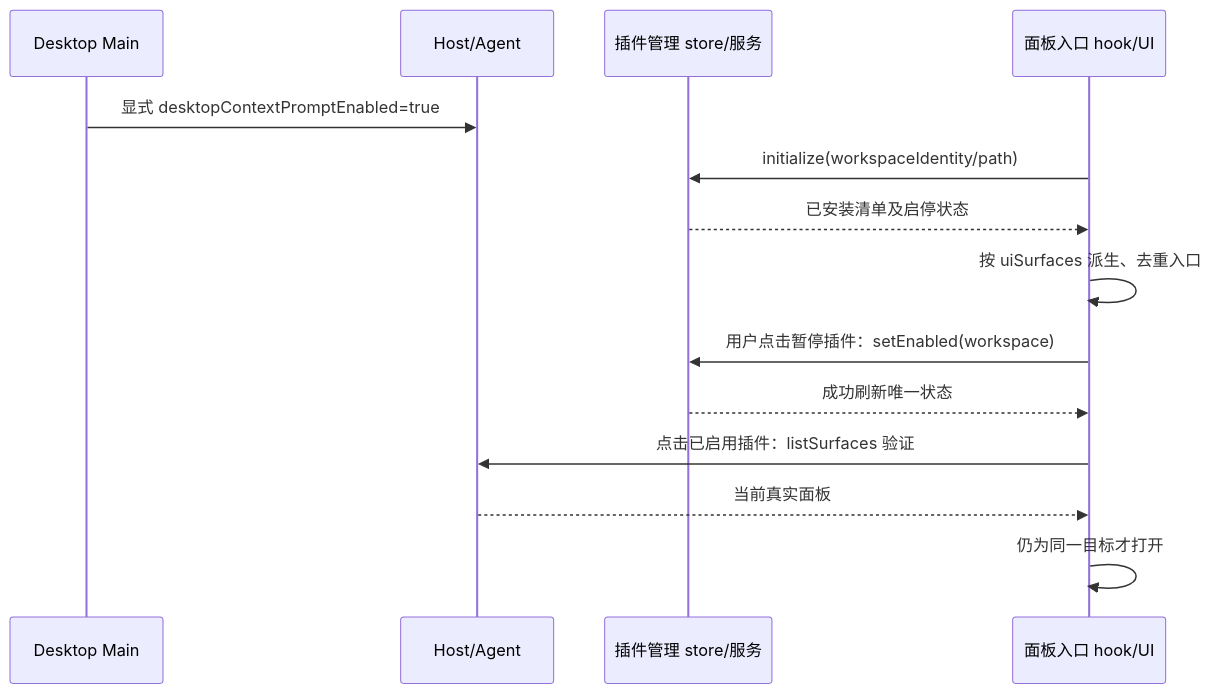
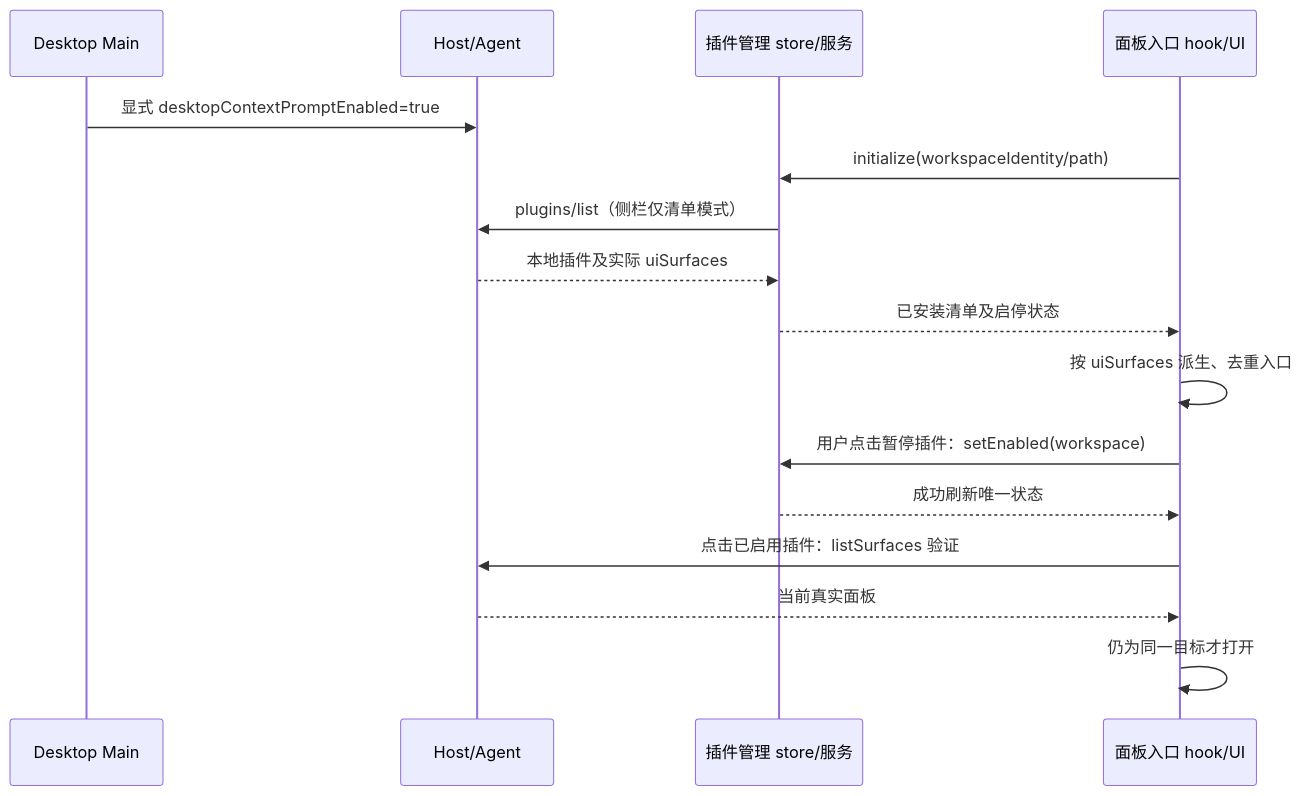
Before and after one commit to mewcoder/NCode: the fourth of 4 diagrams in docs/ncode-local-client-config.spec.md, drawn with Mermaid. The commit also changed other lines of this file and 11 other files, not shown here.

````diff
--- a/docs/ncode-local-client-config.spec.md
+++ b/docs/ncode-local-client-config.spec.md
@@ -84,16 +86,18 @@
 ```mermaid
 sequenceDiagram
   participant M as Desktop Main
   participant H as Host/Agent
   participant S as 插件管理 store/服务
   participant U as 面板入口 hook/UI
   M->>H: 显式 desktopContextPromptEnabled=true
   U->>S: initialize(workspaceIdentity/path)
+  S->>H: plugins/list（侧栏仅清单模式）
+  H-->>S: 本地插件及实际 uiSurfaces
   S-->>U: 已安装清单及启停状态
   U->>U: 按 uiSurfaces 派生、去重入口
   U->>S: 用户点击暂停插件：setEnabled(workspace)
   S-->>U: 成功刷新唯一状态
   U->>H: 点击已启用插件：listSurfaces 验证
   H-->>U: 当前真实面板
   U->>U: 仍为同一目标才打开
 ```
````
